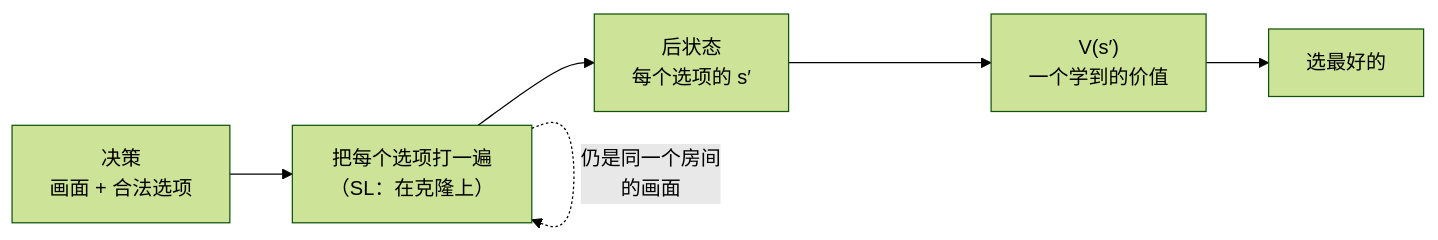
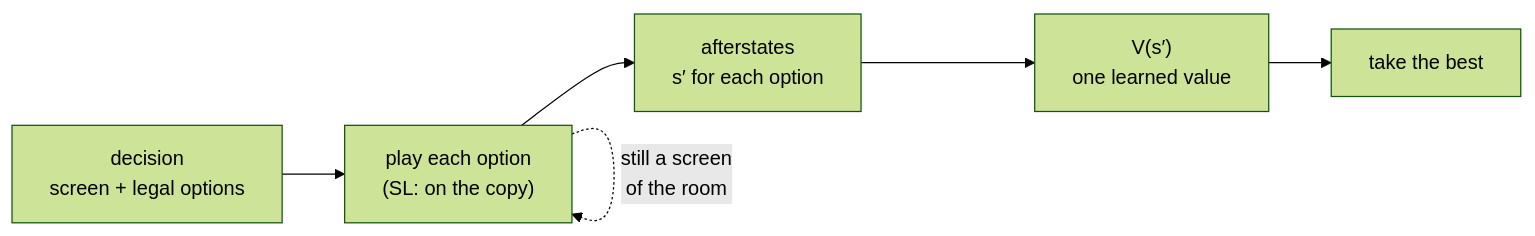
One commit to shinnku-nikaidou/spire-zero changed the diagram in docs/src/content/docs/macro.mdx. Above: the diagram before and after it, drawn with Mermaid (forest theme). The commit also changed other lines of this file and 83 other files, not shown here.

````diff
--- a/docs/src/content/docs/macro.mdx
+++ b/docs/src/content/docs/macro.mdx
@@ -9,8 +9,8 @@
 ```mermaid
 flowchart LR
-  S["决策<br/>画面 + 合法选项"] --> P["把每个选项打一遍<br/>（SL：在克隆上）"]
-  P --> A["后状态<br/>每个选项的 s′"]
-  A --> V["V(s′)<br/>一个学到的价值"]
-  V --> B["选最好的"]
-  P -.->|"仍是同一个房间<br/>的画面"| P
+  S["decision<br/>screen + legal options"] --> P["play each option<br/>(SL: on the copy)"]
+  P --> A["afterstates<br/>s′ for each option"]
+  A --> V["V(s′)<br/>one learned value"]
+  V --> B["take the best"]
+  P -.->|"still a screen<br/>of the room"| P
 ```
````
